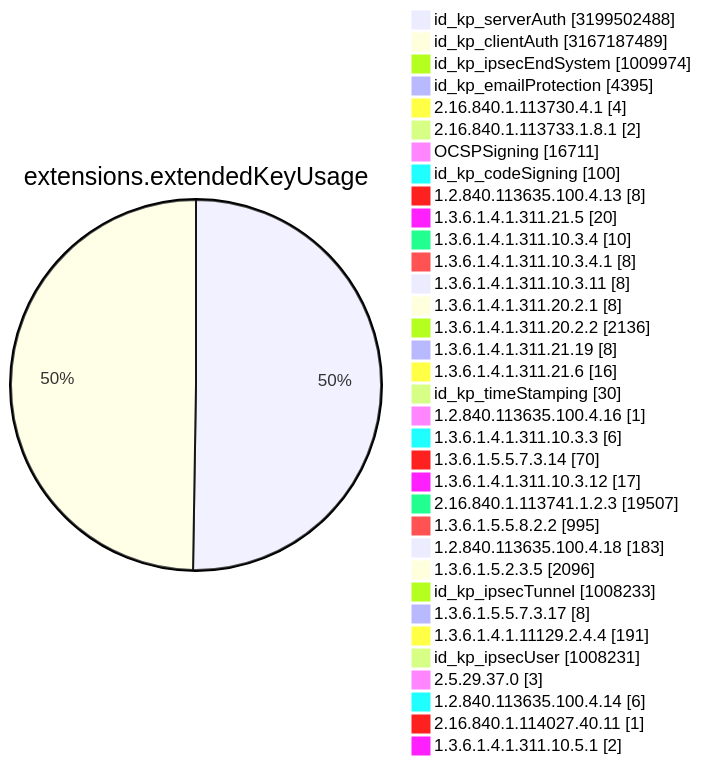
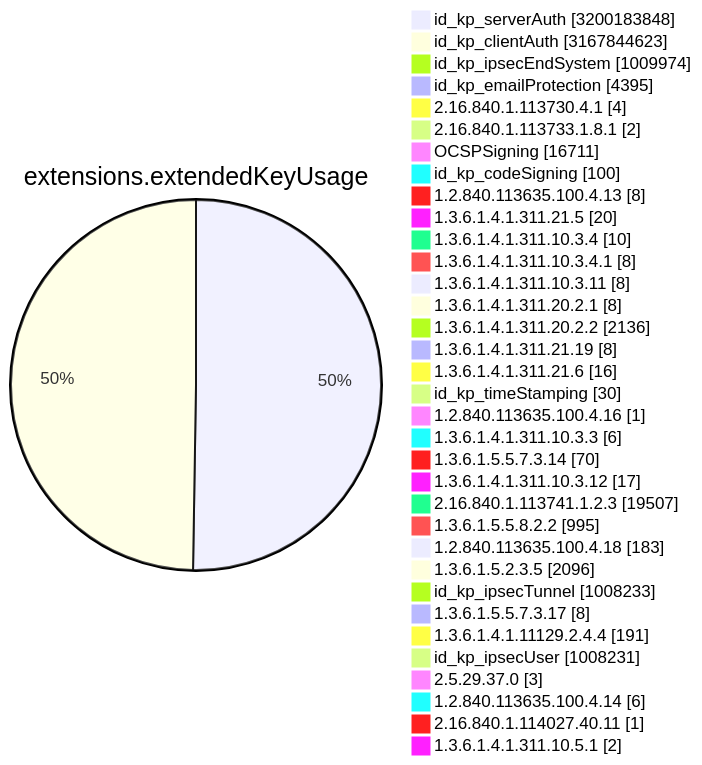
Diagram 11 of 15 in TOTAL/README.md (christiankrug/ctmonitor_visualization), drawn with Mermaid before and after one commit. The commit also changed other lines of this file, not shown here.

````diff
--- a/TOTAL/README.md
+++ b/TOTAL/README.md
@@ -4119,38 +4119,38 @@
 ```mermaid
 pie showData
 title extensions.extendedKeyUsage
-"id_kp_serverAuth" :3199502488
-"id_kp_clientAuth" :3167187489
+"id_kp_serverAuth" :3200183848
+"id_kp_clientAuth" :3167844623
 "id_kp_ipsecEndSystem" :1009974
 "id_kp_emailProtection" :4395
 "2.16.840.1.113730.4.1" :4
 "2.16.840.1.113733.1.8.1" :2
 "OCSPSigning" :16711
 "id_kp_codeSigning" :100
 "1.2.840.113635.100.4.13" :8
 "1.3.6.1.4.1.311.21.5" :20
 "1.3.6.1.4.1.311.10.3.4" :10
 "1.3.6.1.4.1.311.10.3.4.1" :8
 "1.3.6.1.4.1.311.10.3.11" :8
 "1.3.6.1.4.1.311.20.2.1" :8
 "1.3.6.1.4.1.311.20.2.2" :2136
 "1.3.6.1.4.1.311.21.19" :8
 "1.3.6.1.4.1.311.21.6" :16
 "id_kp_timeStamping" :30
 "1.2.840.113635.100.4.16" :1
 "1.3.6.1.4.1.311.10.3.3" :6
 "1.3.6.1.5.5.7.3.14" :70
 "1.3.6.1.4.1.311.10.3.12" :17
 "2.16.840.1.113741.1.2.3" :19507
 "1.3.6.1.5.5.8.2.2" :995
 "1.2.840.113635.100.4.18" :183
 "1.3.6.1.5.2.3.5" :2096
 "id_kp_ipsecTunnel" :1008233
 "1.3.6.1.5.5.7.3.17" :8
 "1.3.6.1.4.1.11129.2.4.4" :191
 "id_kp_ipsecUser" :1008231
 "2.5.29.37.0" :3
 "1.2.840.113635.100.4.14" :6
 "2.16.840.1.114027.40.11" :1
 "1.3.6.1.4.1.311.10.5.1" :2
 ```
````
